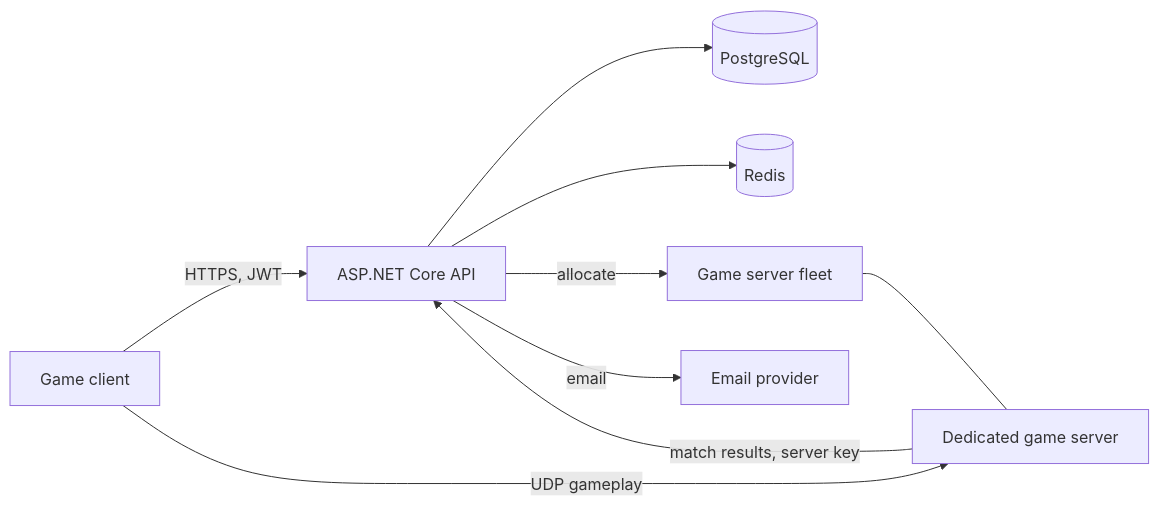
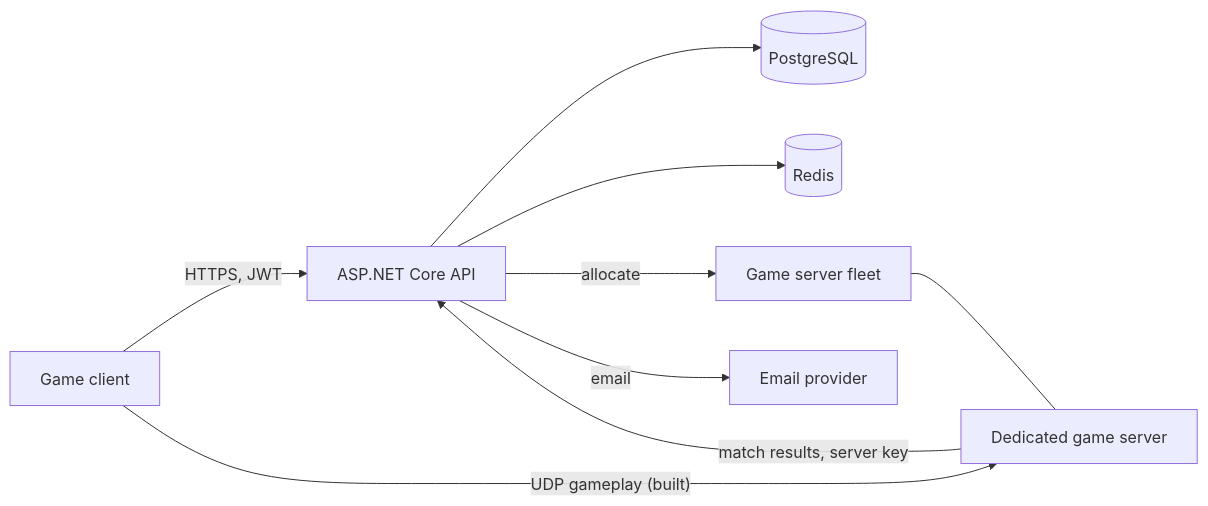
Before and after one commit to aidenobrad-ctrl/Claude: the sixth of 6 diagrams in pulsebreak/docs/ARCHITECTURE.md, drawn with Mermaid. The commit also changed other lines of this file and 11 other files, not shown here.

````diff
--- a/pulsebreak/docs/ARCHITECTURE.md
+++ b/pulsebreak/docs/ARCHITECTURE.md
@@ -250,11 +344,11 @@
 ```mermaid
 flowchart LR
     Client[Game client] -- HTTPS, JWT --> API[ASP.NET Core API]
     API --> PG[(PostgreSQL)]
     API --> Redis[(Redis)]
     API -- allocate --> Fleet[Game server fleet]
-    Client -- UDP gameplay --> GS[Dedicated game server]
+    Client -- "UDP gameplay (built)" --> GS[Dedicated game server]
     Fleet --- GS
     GS -- "match results, server key" --> API
     API -- email --> Mail[Email provider]
 ```
````
